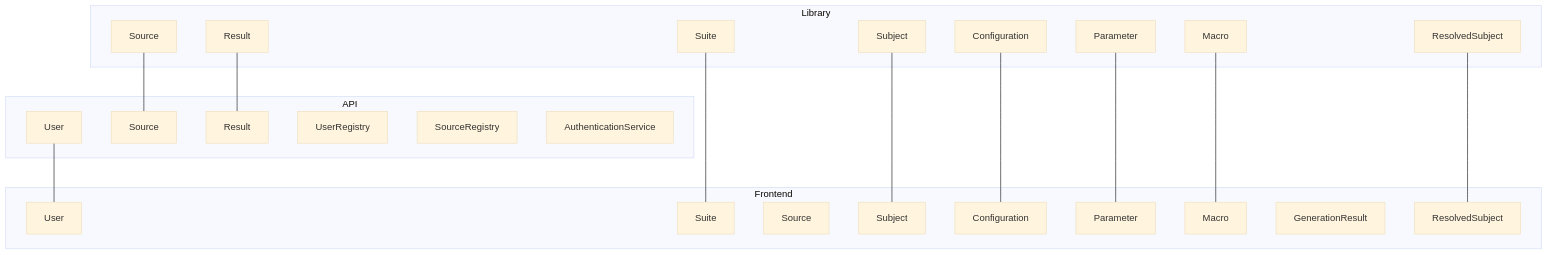
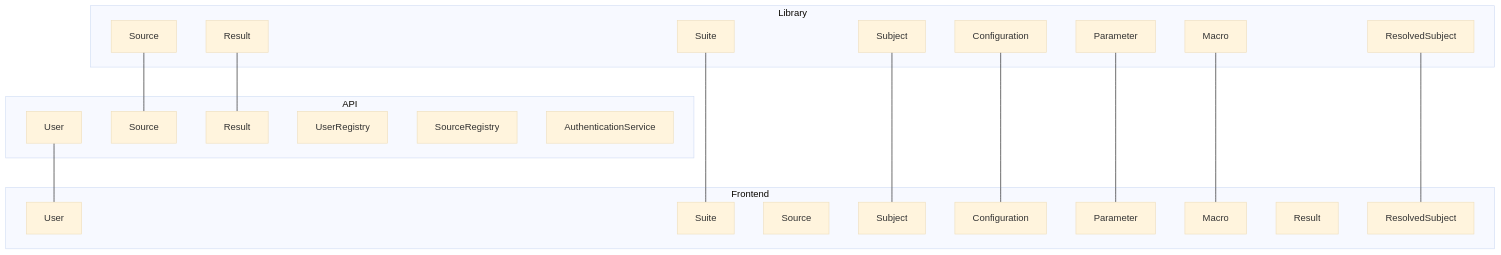
Before and after one commit to mini-roostico/subjekt-doc: the fourth of 8 diagrams in Writerside/topics/Domain-Driven-Design.md, drawn with Mermaid (base theme). The commit also changed other lines of this file, not shown here.

````diff
--- a/Writerside/topics/Domain-Driven-Design.md
+++ b/Writerside/topics/Domain-Driven-Design.md
@@ -259,45 +259,45 @@
 ```mermaid
 graph TD
     subgraph Library
         L1[Suite]
         L2[Subject]
         L3[Configuration]
         L4[Parameter]
         L5[Macro]
         L6[ResolvedSubject]
         L7[Source]
         L8[Result]
     end
 
     subgraph API
         A1[User]
         A2[Source]
         A3[Result]
         A4[UserRegistry]
         A5[SourceRegistry]
         A6[AuthenticationService]
     end
 
     subgraph Frontend
         F1[User]
         F2[Suite]
         F3[Source]
         F4[Subject]
         F5[Configuration]
         F6[Parameter]
         F7[Macro]
-        F8[GenerationResult]
+        F8[Result]
         F9[ResolvedSubject]
     end
 
     L7 --- A2
     L8 --- A3
     A1 --- F1
     L1 --- F2
     L2 --- F4
     L3 --- F5
     L4 --- F6
     L5 --- F7
     L6 --- F9
 
 ```
````
